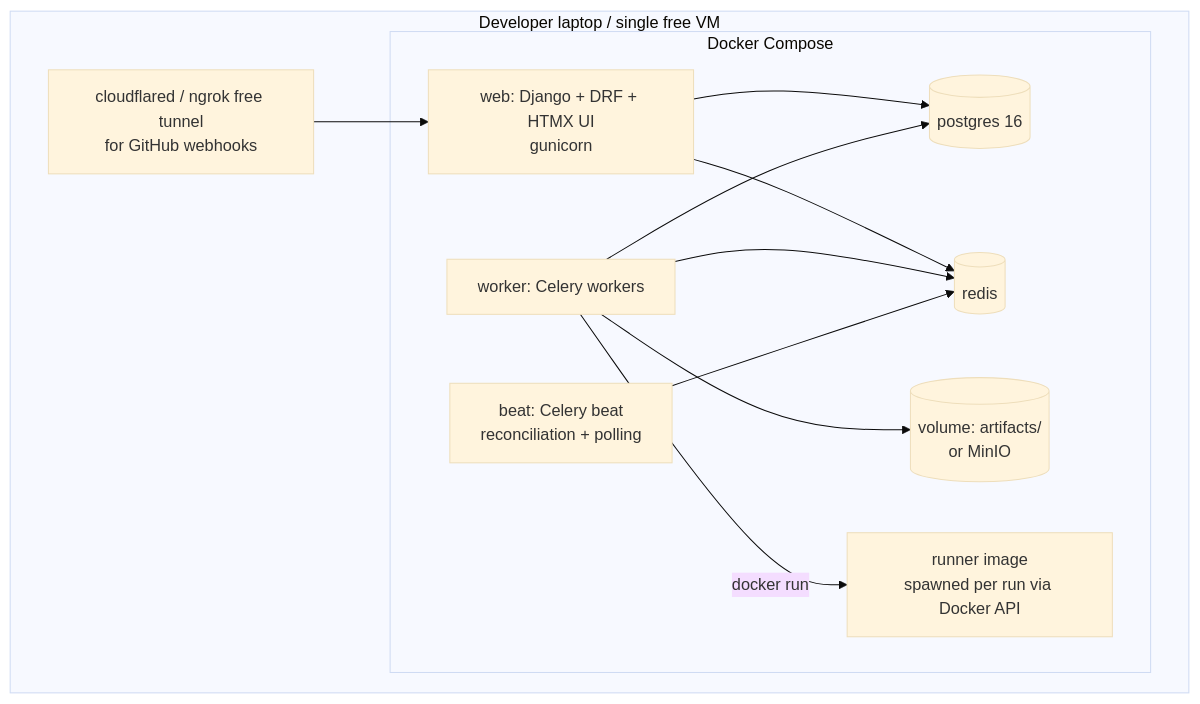
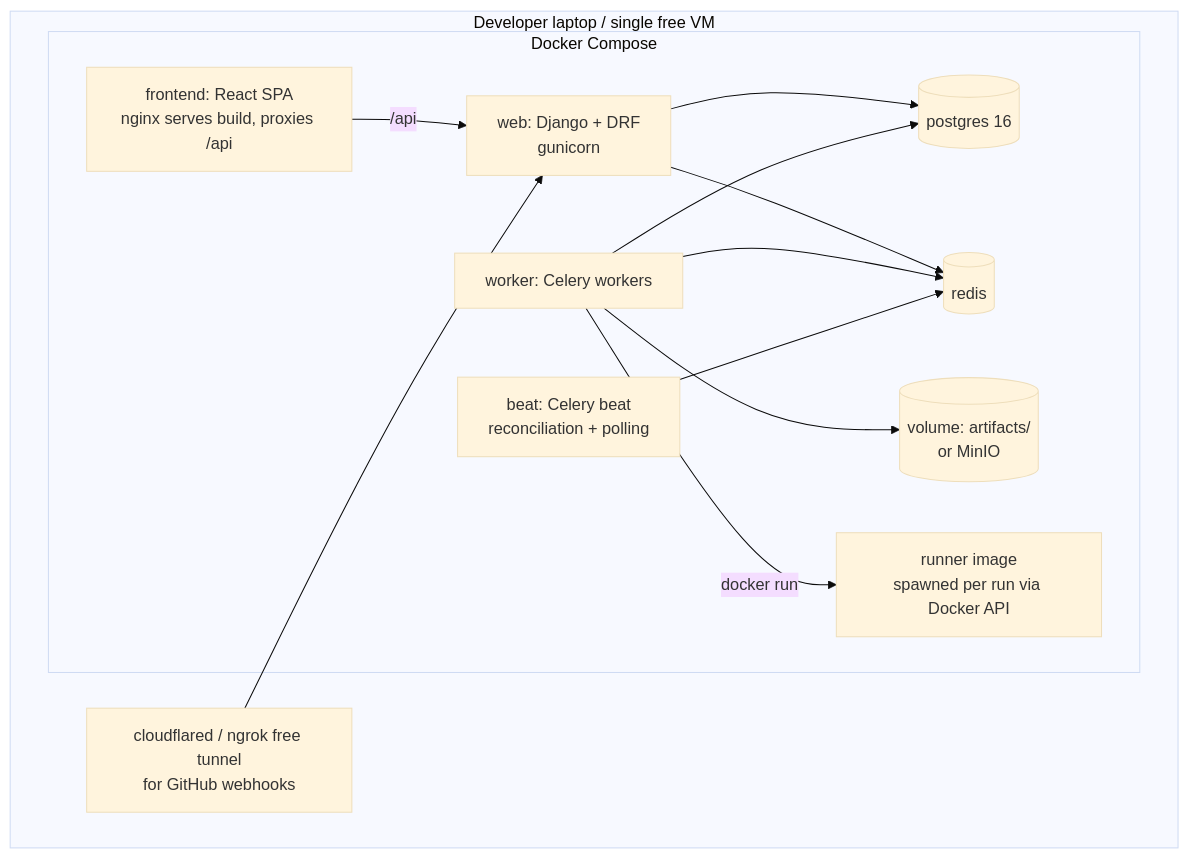
Before and after one commit to yasmin-poc-works/tasktraceautomator: the second of 5 diagrams in project_plan_and _architecture/task_trace_automator_architecture.md, drawn with Mermaid (base theme). The commit also changed other lines of this file and 4 other files, not shown here.

````diff
--- a/project_plan_and _architecture/task_trace_automator_architecture.md
+++ b/project_plan_and _architecture/task_trace_automator_architecture.md
@@ -58,24 +58,26 @@
 ```mermaid
 flowchart TB
     subgraph Host[Developer laptop / single free VM]
         subgraph Compose[Docker Compose]
-            WEB[web: Django + DRF + HTMX UI<br/>gunicorn]
+            FE[frontend: React SPA<br/>nginx serves build, proxies /api]
+            WEB[web: Django + DRF<br/>gunicorn]
             WORKER[worker: Celery workers]
             BEAT[beat: Celery beat<br/>reconciliation + polling]
             PG[(postgres 16)]
             REDIS[(redis)]
             FILES[(volume: artifacts/ <br/>or MinIO)]
             RUNNER[runner image<br/>spawned per run via Docker API]
         end
         TUN[cloudflared / ngrok free tunnel<br/>for GitHub webhooks]
     end
 
+    FE -->|/api| WEB
     TUN --> WEB
     WEB --> PG
     WEB --> REDIS
     WORKER --> PG
     WORKER --> REDIS
     WORKER --> FILES
     WORKER -->|docker run| RUNNER
     BEAT --> REDIS
 ```
````
